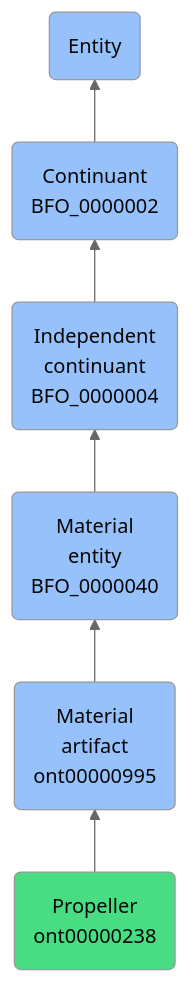
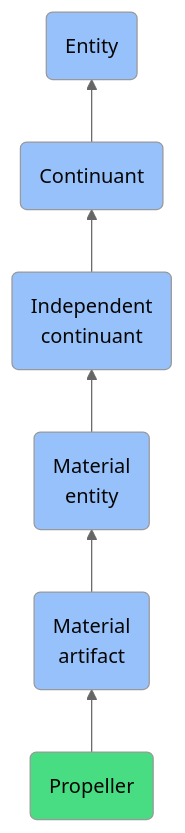
The diagram in docs/ontology/reference/model/Entity/Continuant/Independent continuant/Material entity/Material artifact/Propeller/Propeller.md (jupyter-naas/abi), drawn with Mermaid (neutral theme) before and after one commit. The commit also changed other lines of this file and 1430 other files, not shown here.

````diff
--- a/docs/ontology/reference/model/Entity/Continuant/Independent continuant/Material entity/Material artifact/Propeller/Propeller.md
+++ b/docs/ontology/reference/model/Entity/Continuant/Independent continuant/Material entity/Material artifact/Propeller/Propeller.md
@@ -24,13 +24,13 @@
 ```mermaid
 graph BT
-    ont00000238(Propeller<br>ont00000238):::ABI-->ont00000995
-    ont00000995(Material<br>artifact<br>ont00000995):::BFO-->BFO_0000040
-    BFO_0000040(Material<br>entity<br>BFO_0000040):::BFO-->BFO_0000004
-    BFO_0000004(Independent<br>continuant<br>BFO_0000004):::BFO-->BFO_0000002
-    BFO_0000002(Continuant<br>BFO_0000002):::BFO-->BFO_0000001
+    ont00000238(Propeller):::ABI-->ont00000995
+    ont00000995(Material<br>artifact):::BFO-->BFO_0000040
+    BFO_0000040(Material<br>entity):::BFO-->BFO_0000004
+    BFO_0000004(Independent<br>continuant):::BFO-->BFO_0000002
+    BFO_0000002(Continuant):::BFO-->BFO_0000001
     BFO_0000001(Entity):::BFO
     
     classDef BFO fill:#97c1fb,color:#060606
     classDef CCO fill:#e4c51e,color:#060606
     classDef ABI fill:#48DD82,color:#060606
 ```
````
